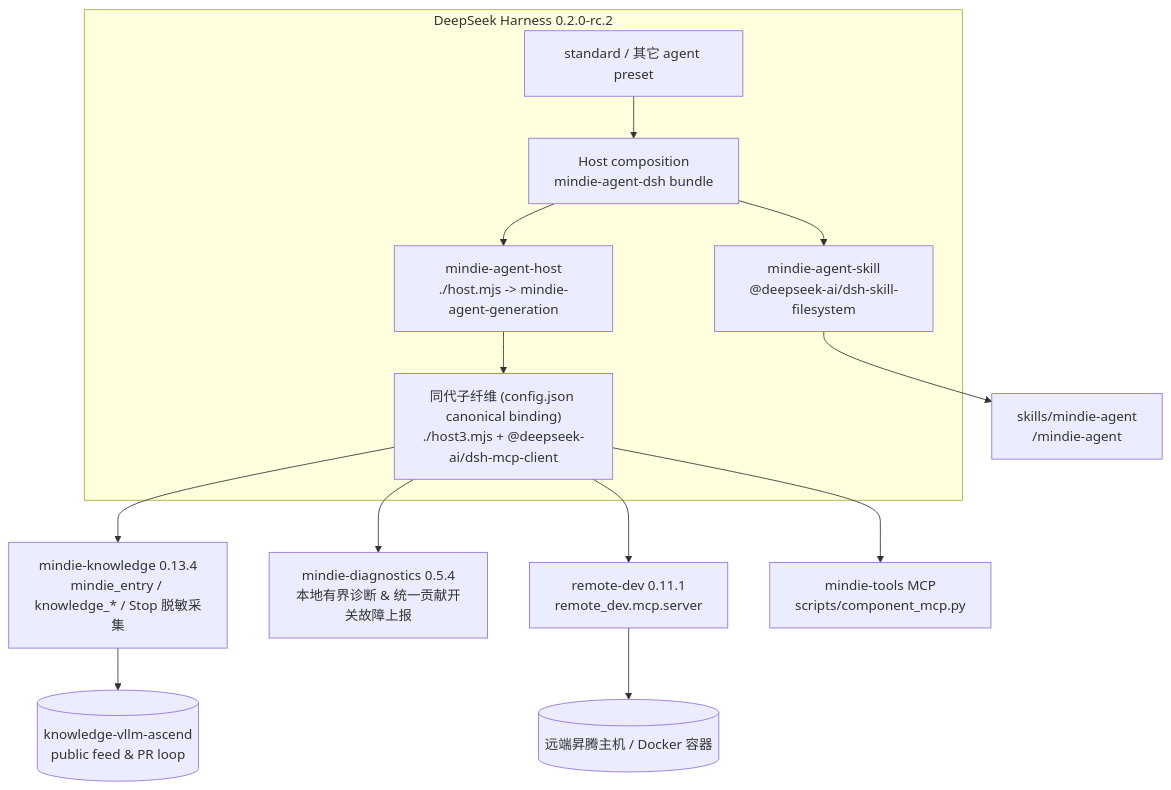
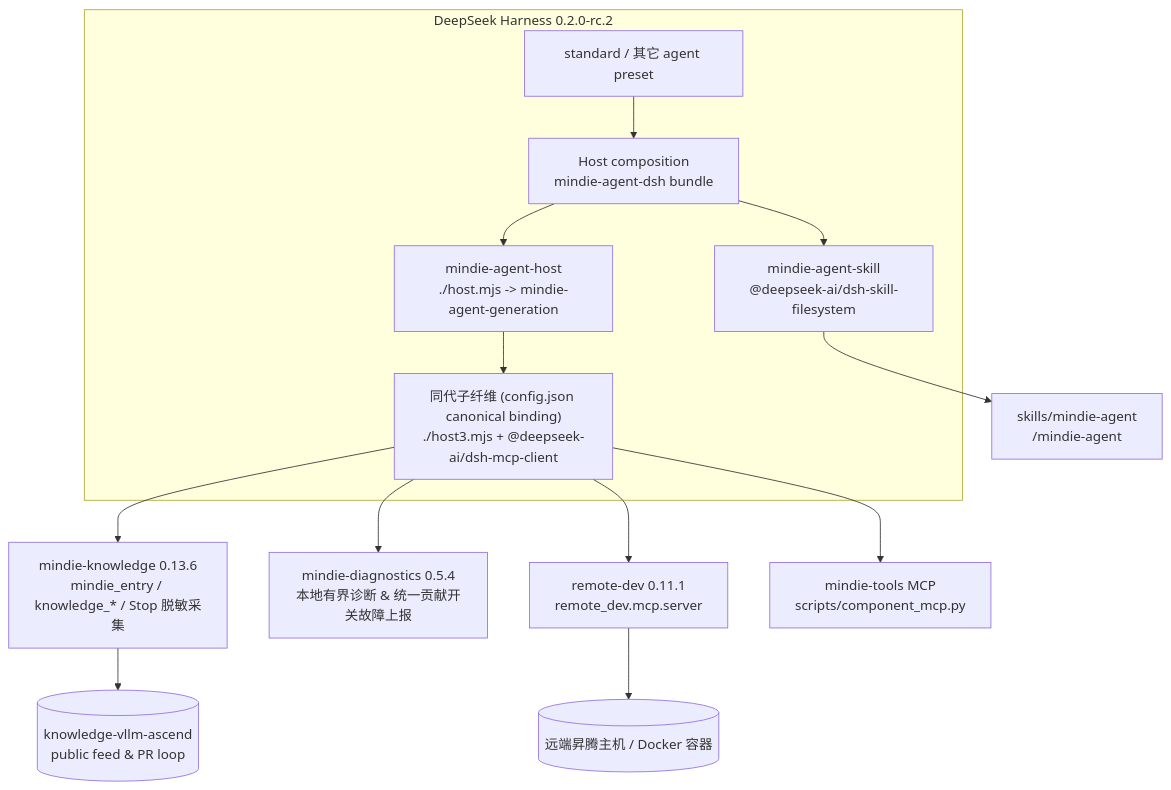
One commit to mindie-agent/mindie-agent-dsh changed the diagram in README.md. Above: the diagram before and after it, drawn with Mermaid. The commit also changed other lines of this file and 9 other files, not shown here.

````diff
--- a/README.md
+++ b/README.md
@@ -201,21 +201,21 @@
 ```mermaid
 flowchart TB
   subgraph DSH["DeepSeek Harness 0.2.0-rc.2"]
     HOST["Host composition<br/>mindie-agent-dsh bundle"]
     STD["standard / 其它 agent preset"]
     SKILL["mindie-agent-skill<br/>@deepseek-ai/dsh-skill-filesystem"]
     HPLUG["mindie-agent-host<br/>./host.mjs -> mindie-agent-generation"]
     GEN["同代子纤维 (config.json canonical binding)<br/>./host3.mjs + @deepseek-ai/dsh-mcp-client"]
     STD --> HOST
     HOST --> SKILL
     HOST --> HPLUG
     HPLUG --> GEN
   end
   SKILL --> SK["skills/mindie-agent<br/>/mindie-agent"]
-  GEN --> KS["mindie-knowledge 0.13.4<br/>mindie_entry / knowledge_* / Stop 脱敏采集"]
+  GEN --> KS["mindie-knowledge 0.13.6<br/>mindie_entry / knowledge_* / Stop 脱敏采集"]
   GEN --> DIAG["mindie-diagnostics 0.5.4<br/>本地有界诊断 & 统一贡献开关故障上报"]
   KS --> FEED[("knowledge-vllm-ascend<br/>public feed & PR loop")]
   GEN --> RD["remote-dev 0.11.1<br/>remote_dev.mcp.server"]
   GEN --> MT["mindie-tools MCP<br/>scripts/component_mcp.py"]
   RD --> NPU[("远端昇腾主机 / Docker 容器")]
 ```
````
